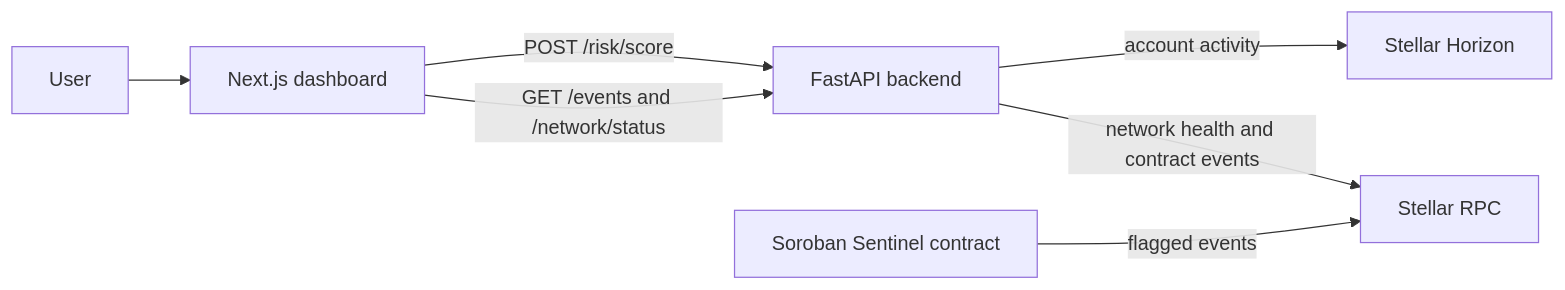
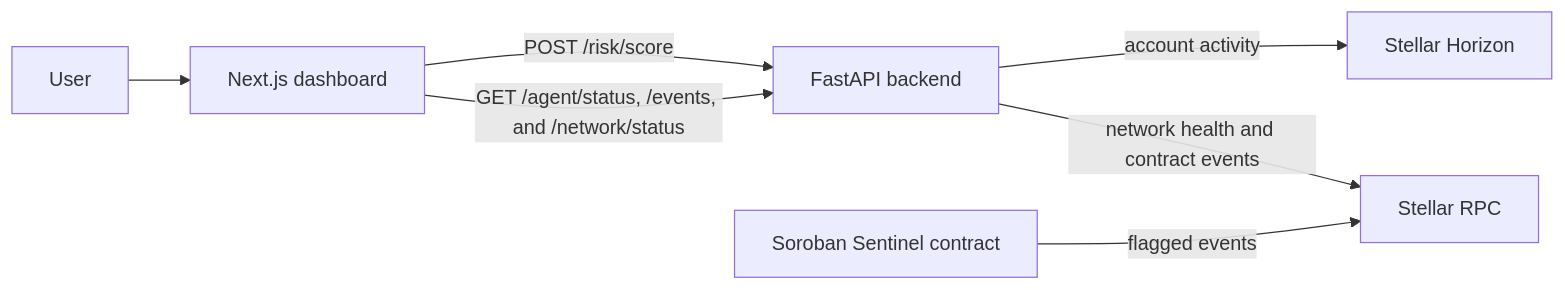
One commit to Stellar-Sentinel/sentinel-frontend changed the diagram in README.md. Above: the diagram before and after it, drawn with Mermaid. The commit also changed other lines of this file and 4 other files, not shown here.

First line of the commit message:
feat: expose monitoring agent status

````diff
--- a/README.md
+++ b/README.md
@@ -9,9 +9,9 @@
 ```mermaid
 flowchart LR
   User --> UI[Next.js dashboard]
   UI -->|POST /risk/score| API[FastAPI backend]
-  UI -->|GET /events and /network/status| API
+  UI -->|GET /agent/status, /events, and /network/status| API
   API -->|account activity| Horizon[Stellar Horizon]
   API -->|network health and contract events| RPC[Stellar RPC]
   Contract[Soroban Sentinel contract] -->|flagged events| RPC
 ```
````
